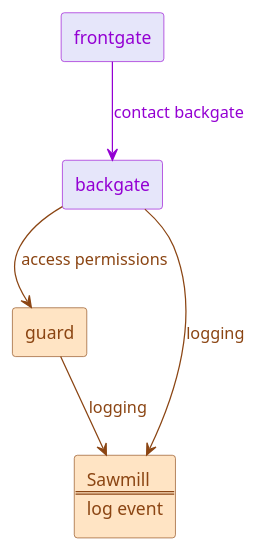
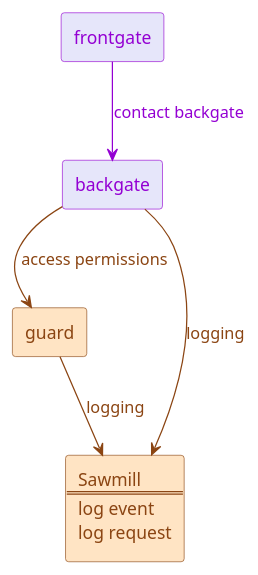
One commit to LanDinh/khaleesi-ninja changed the diagram in documentation/images/logical-structure/core.puml. Above: the diagram before and after it, drawn with PlantUML. The commit also changed 13 other files, not shown here.

```diff
--- a/documentation/images/logical-structure/core.puml
+++ b/documentation/images/logical-structure/core.puml
@@ -1,34 +1,35 @@
 @startuml
 ' ********************************************* STYLE **********************************************
 <style>
 agent {
   BackgroundColor lavender
   LineColor darkviolet
   FontColor darkviolet
 }
 rectangle {
   BackgroundColor bisque
   LineColor saddlebrown
   FontColor saddlebrown
 }
 </style>
 
 ' ******************************************** OBJECTS *********************************************
 agent frontgate
 agent backgate
 rectangle guard
 rectangle sawmill [
   Sawmill
   ====
   log event
+  log request
 ]
 
 ' ******************************************* RELATIONS ********************************************
 frontgate --> backgate #darkviolet;text:darkviolet : contact backgate
 
 backgate --> guard #saddlebrown;text:saddlebrown : access permissions
 
 backgate --> sawmill #saddlebrown;text:saddlebrown : logging
 guard    --> sawmill #saddlebrown;text:saddlebrown : logging
 
 @enduml
```
